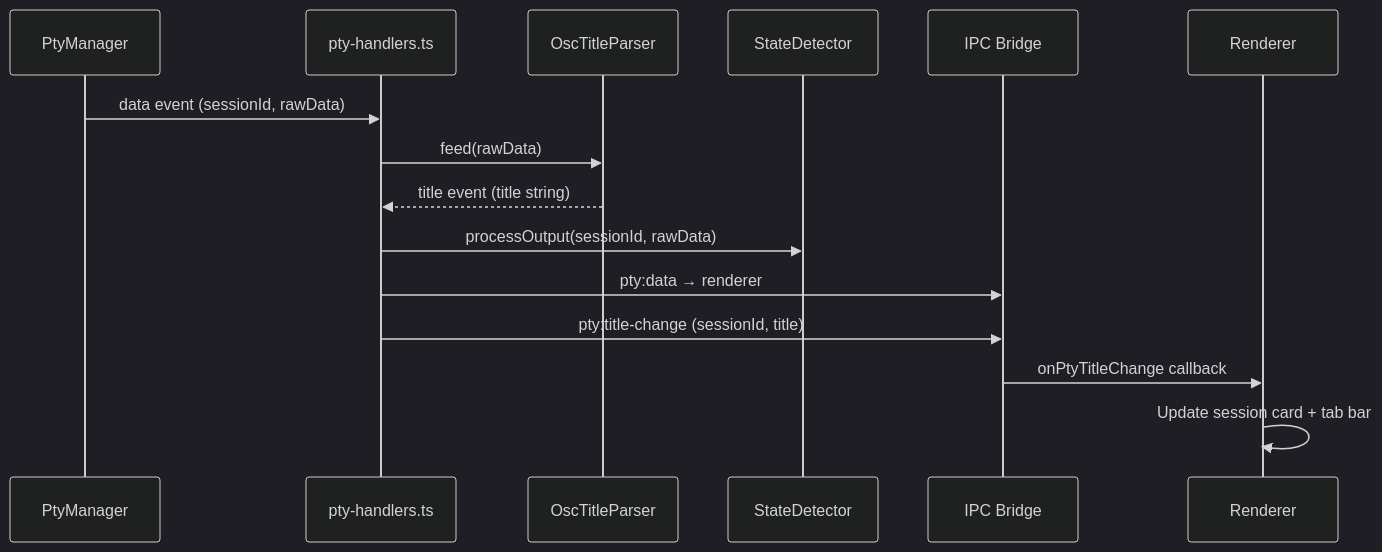
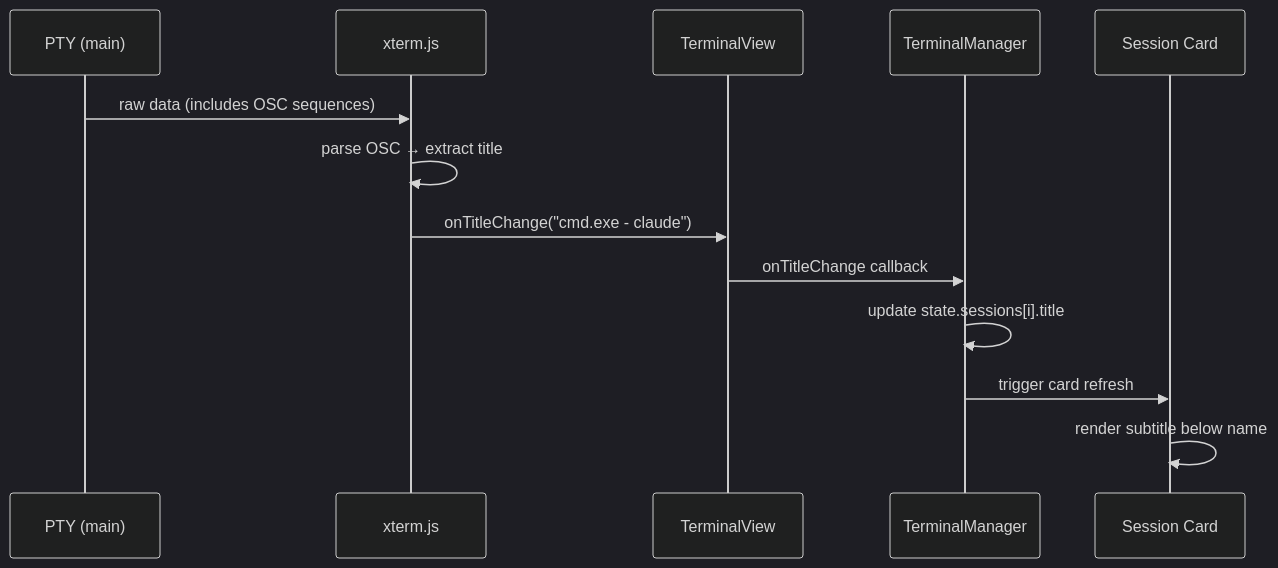
The diagram in docs/plans/20260326-osc-title-detection/plan.md (PetePeter/gamepad-cli-hub), drawn with Mermaid (dark theme) before and after one commit. The commit also changed other lines of this file and 13 other files, not shown here.

````diff
--- a/docs/plans/20260326-osc-title-detection/plan.md
+++ b/docs/plans/20260326-osc-title-detection/plan.md
@@ -19,18 +15,16 @@
 ```mermaid
 sequenceDiagram
-    participant PTY as PtyManager
-    participant PH as pty-handlers.ts
-    participant TP as OscTitleParser
-    participant SD as StateDetector
-    participant IPC as IPC Bridge
-    participant R as Renderer
+    participant PTY as PTY (main)
+    participant XT as xterm.js
+    participant TV as TerminalView
+    participant TM as TerminalManager
+    participant UI as Session Card
 
-    PTY->>PH: data event (sessionId, rawData)
-    PH->>TP: feed(rawData)
-    TP-->>PH: title event (title string)
-    PH->>SD: processOutput(sessionId, rawData)
-    PH->>IPC: pty:data → renderer
-    PH->>IPC: pty:title-change (sessionId, title)
-    IPC->>R: onPtyTitleChange callback
-    R->>R: Update session card + tab bar
+    PTY->>XT: raw data (includes OSC sequences)
+    XT->>XT: parse OSC → extract title
+    XT->>TV: onTitleChange("cmd.exe - claude")
+    TV->>TM: onTitleChange callback
+    TM->>TM: update state.sessions[i].title
+    TM->>UI: trigger card refresh
+    UI->>UI: render subtitle below name
 ```
````
